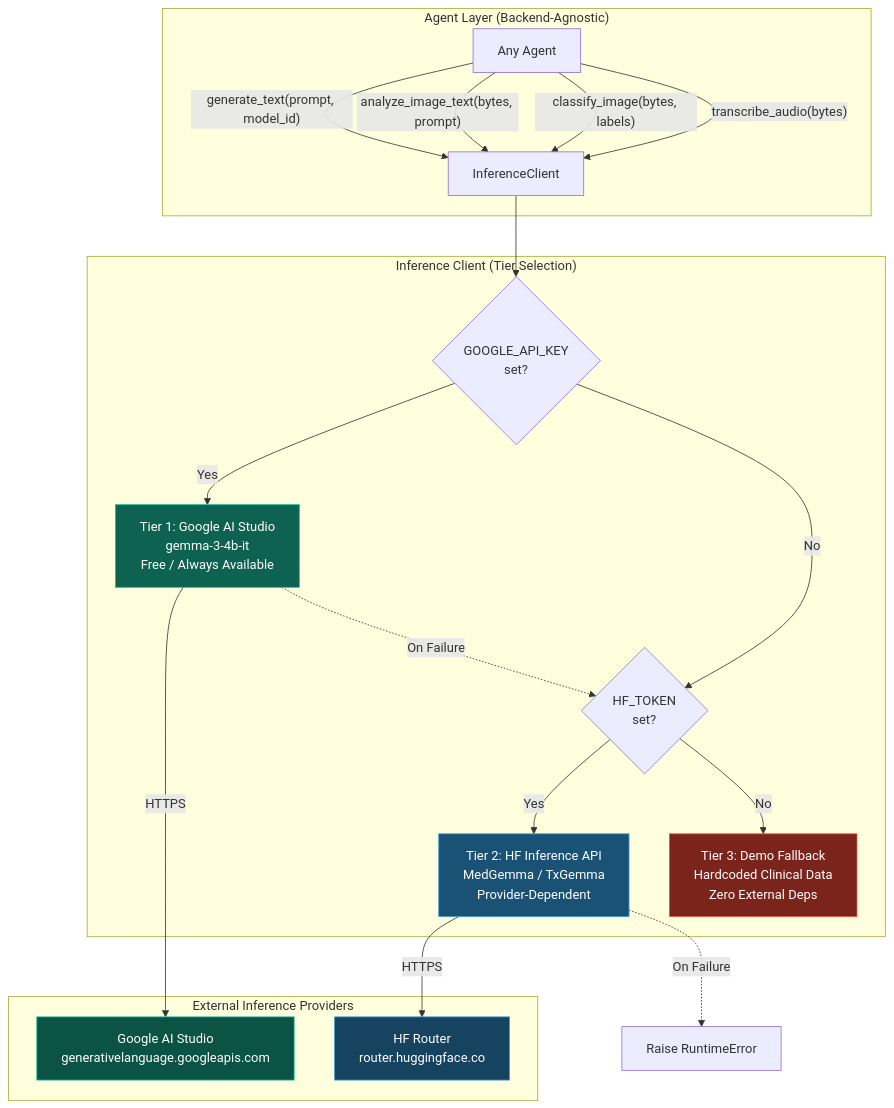
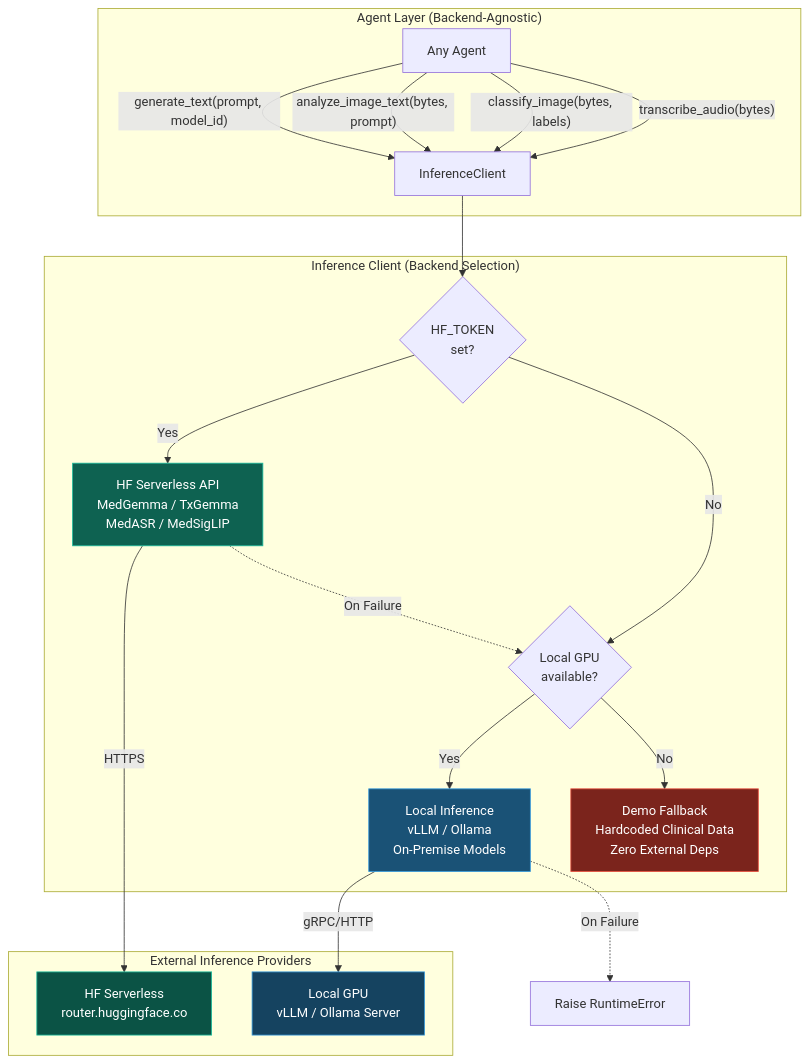
Before and after one commit to steeltroops-ai/med-gemma: the sixth of 14 diagrams in docs/ARCHITECTURE.md, drawn with Mermaid. The commit also changed other lines of this file and 4 other files, not shown here.

First line of the commit message:
docs: purge all Google AI Studio / Gemma 3 references

````diff
--- a/docs/ARCHITECTURE.md
+++ b/docs/ARCHITECTURE.md
@@ -331,31 +328,31 @@
 ```mermaid
 graph TD
     subgraph "Agent Layer (Backend-Agnostic)"
         AG[Any Agent] -->|"generate_text(prompt, model_id)"| IC[InferenceClient]
         AG -->|"analyze_image_text(bytes, prompt)"| IC
         AG -->|"classify_image(bytes, labels)"| IC
         AG -->|"transcribe_audio(bytes)"| IC
     end
 
-    subgraph "Inference Client (Tier Selection)"
-        IC --> D1{GOOGLE_API_KEY<br/>set?}
-        D1 -->|Yes| T1[Tier 1: Google AI Studio<br/>gemma-3-4b-it<br/>Free / Always Available]
-        D1 -->|No| D2{HF_TOKEN<br/>set?}
-        D2 -->|Yes| T2[Tier 2: HF Inference API<br/>MedGemma / TxGemma<br/>Provider-Dependent]
-        D2 -->|No| T3[Tier 3: Demo Fallback<br/>Hardcoded Clinical Data<br/>Zero External Deps]
+    subgraph "Inference Client (Backend Selection)"
+        IC --> D1{HF_TOKEN<br/>set?}
+        D1 -->|Yes| T1[HF Serverless API<br/>MedGemma / TxGemma<br/>MedASR / MedSigLIP]
+        D1 -->|No| D2{Local GPU<br/>available?}
+        D2 -->|Yes| T2[Local Inference<br/>vLLM / Ollama<br/>On-Premise Models]
+        D2 -->|No| T3[Demo Fallback<br/>Hardcoded Clinical Data<br/>Zero External Deps]
     end
 
     subgraph "External Inference Providers"
-        T1 -->|HTTPS| GAS[Google AI Studio<br/>generativelanguage.googleapis.com]
-        T2 -->|HTTPS| HF[HF Router<br/>router.huggingface.co]
+        T1 -->|HTTPS| HFS[HF Serverless<br/>router.huggingface.co]
+        T2 -->|gRPC/HTTP| LOCAL[Local GPU<br/>vLLM / Ollama Server]
     end
 
     T1 -.->|On Failure| D2
     T2 -.->|On Failure| ERR[Raise RuntimeError]
 
     style T1 fill:#0e6251,stroke:#1abc9c,color:#fff
     style T2 fill:#1a5276,stroke:#3498db,color:#fff
     style T3 fill:#7b241c,stroke:#e74c3c,color:#fff
-    style GAS fill:#0b5345,stroke:#1abc9c,color:#fff
-    style HF fill:#154360,stroke:#3498db,color:#fff
+    style HFS fill:#0b5345,stroke:#1abc9c,color:#fff
+    style LOCAL fill:#154360,stroke:#3498db,color:#fff
 ```
````
